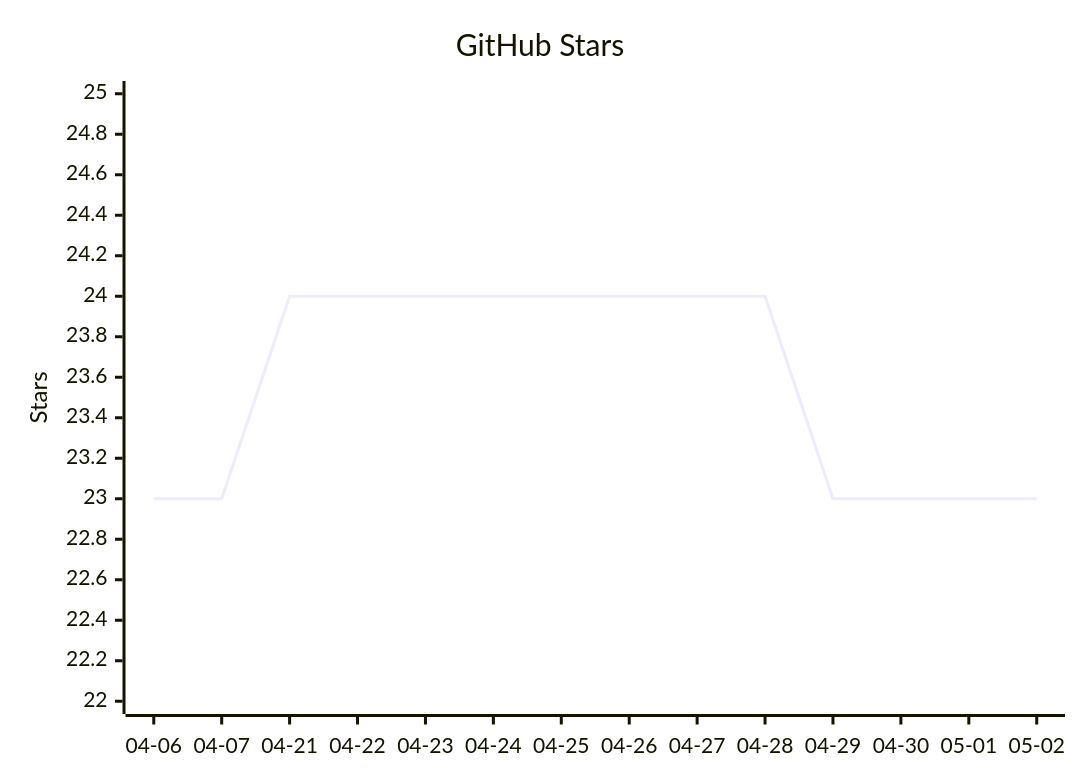
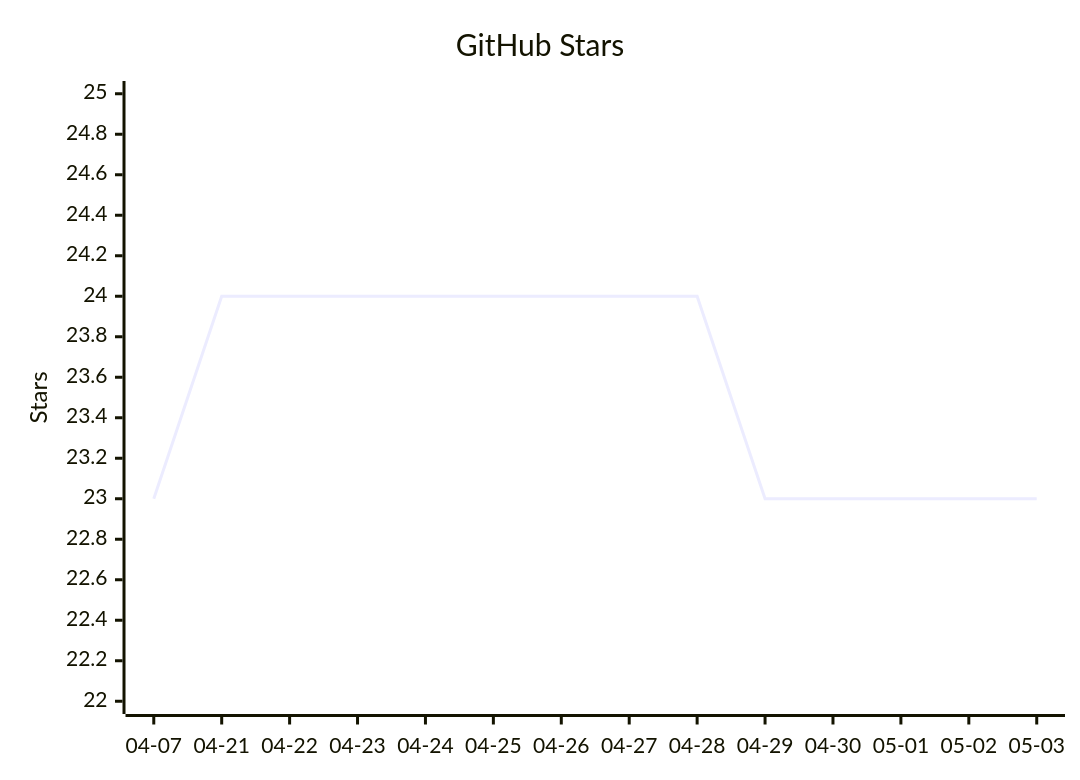
Before and after one commit to vectie/moonclaw: the diagram in README.mbt.md, drawn with Mermaid. The commit also changed other lines of this file and 1 other file, not shown here.

Commit message:
Update README star growth

````diff
--- a/README.mbt.md
+++ b/README.mbt.md
@@ -489,7 +489,7 @@
 ```mermaid
 xychart-beta
     title "GitHub Stars"
-    x-axis ["04-06","04-07","04-21","04-22","04-23","04-24","04-25","04-26","04-27","04-28","04-29","04-30","05-01","05-02"]
+    x-axis ["04-07","04-21","04-22","04-23","04-24","04-25","04-26","04-27","04-28","04-29","04-30","05-01","05-02","05-03"]
     y-axis "Stars" 22 --> 25
-    line [23,23,24,24,24,24,24,24,24,24,23,23,23,23]
+    line [23,24,24,24,24,24,24,24,24,23,23,23,23,23]
 ```
````
